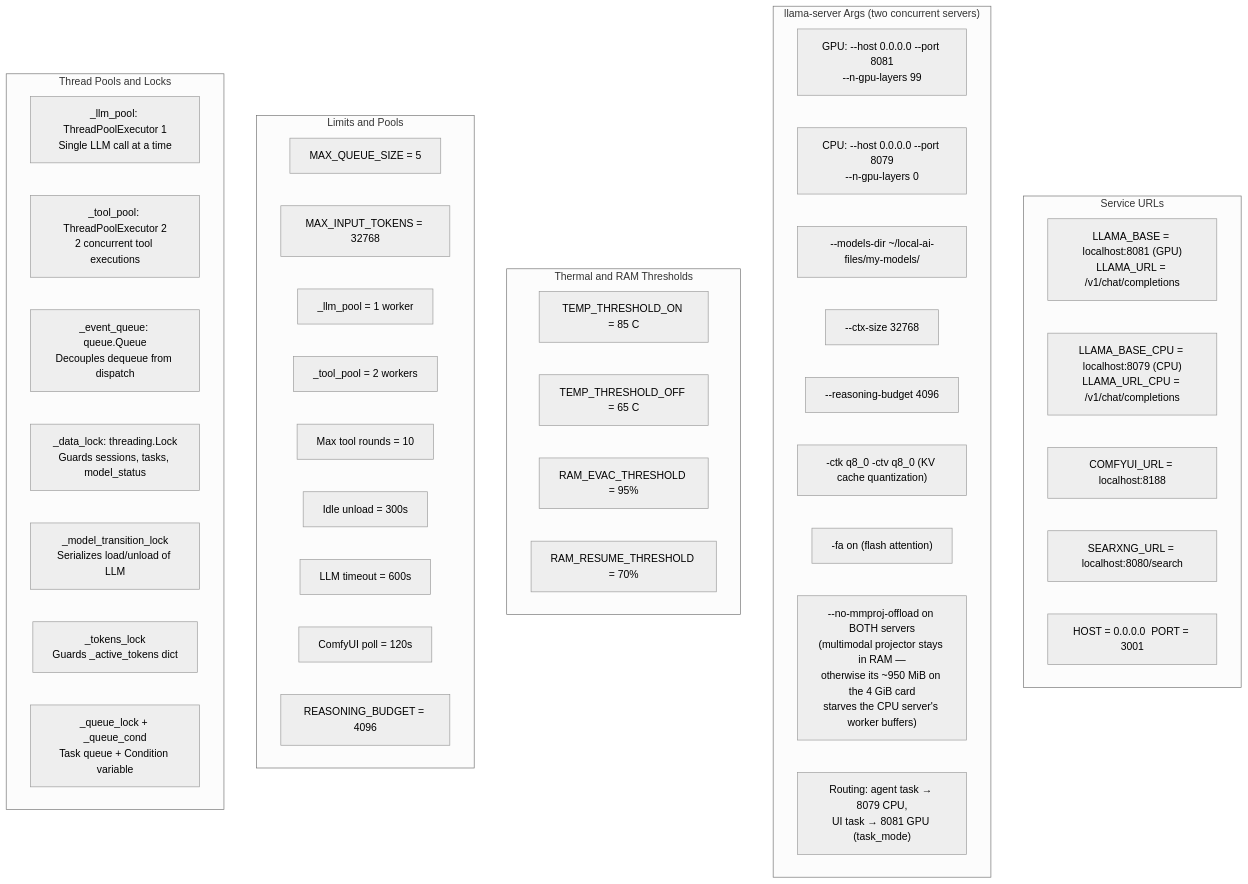
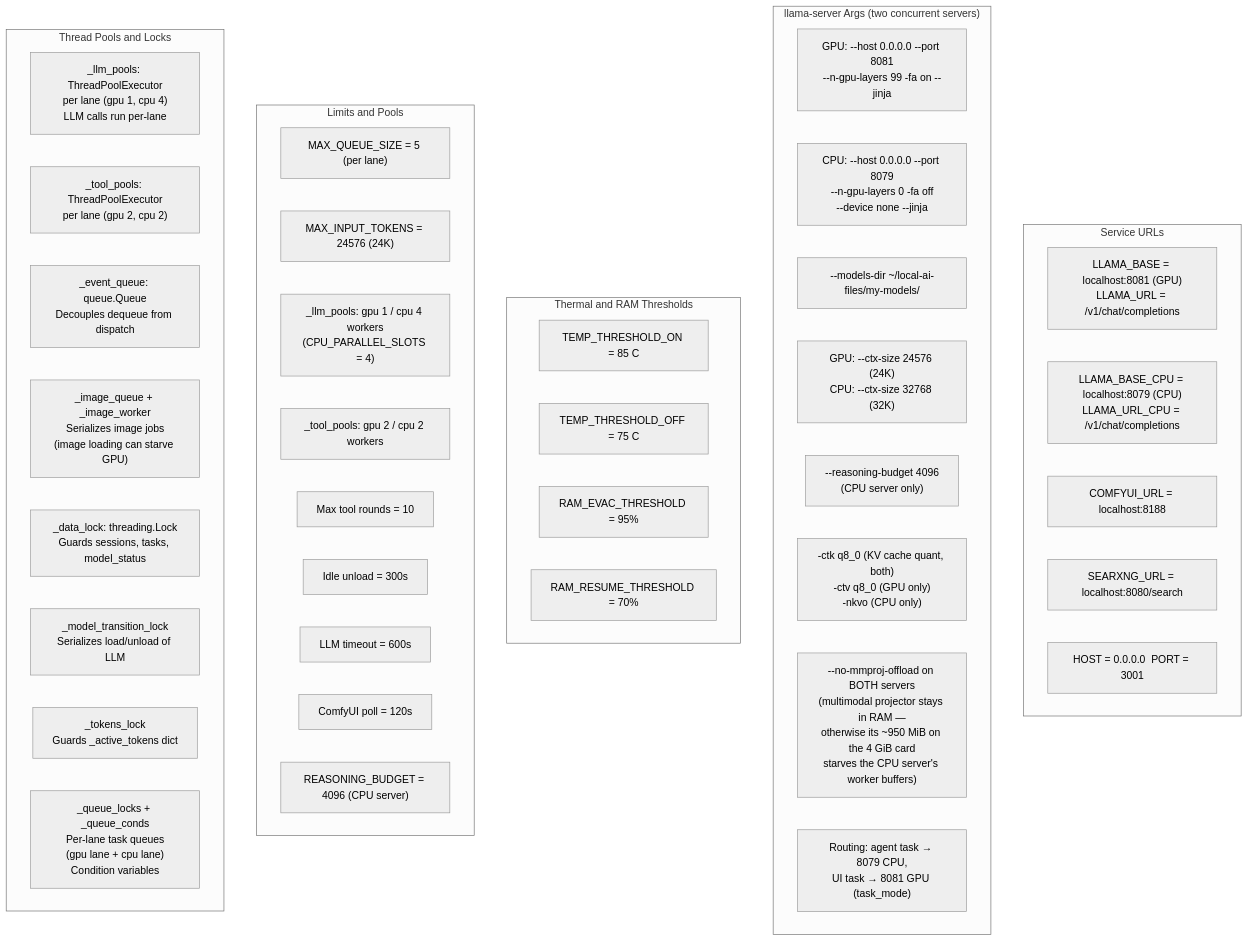
The third of 12 diagrams in README.md (Palash90/local-ai), drawn with Mermaid (neutral theme) before and after one commit. The commit also changed other lines of this file and 24 other files, not shown here.

````diff
--- a/README.md
+++ b/README.md
@@ -203,51 +206,51 @@
 ```mermaid
 graph TD
     subgraph RCNetwork ["Service URLs"]
         RC1["LLAMA_BASE = localhost:8081 (GPU)\nLLAMA_URL = /v1/chat/completions"]
         RC2["LLAMA_BASE_CPU = localhost:8079 (CPU)\nLLAMA_URL_CPU = /v1/chat/completions"]
         RC3["COMFYUI_URL = localhost:8188"]
         RC4["SEARXNG_URL = localhost:8080/search"]
         RC5["HOST = 0.0.0.0  PORT = 3001"]
     end
 
     subgraph RCLlama ["llama-server Args (two concurrent servers)"]
-        RCL1["GPU: --host 0.0.0.0 --port 8081\n--n-gpu-layers 99"]
-        RCL2["CPU: --host 0.0.0.0 --port 8079\n--n-gpu-layers 0"]
+        RCL1["GPU: --host 0.0.0.0 --port 8081\n--n-gpu-layers 99 -fa on --jinja"]
+        RCL2["CPU: --host 0.0.0.0 --port 8079\n--n-gpu-layers 0 -fa off\n--device none --jinja"]
         RCL3["--models-dir ~/local-ai-files/my-models/"]
-        RCL4["--ctx-size 32768"]
-        RCL5["--reasoning-budget 4096"]
-        RCL6["-ctk q8_0 -ctv q8_0 (KV cache quantization)"]
-        RCL7["-fa on (flash attention)"]
-        RCL8["--no-mmproj-offload on BOTH servers\n(multimodal projector stays in RAM —\notherwise its ~950 MiB on the 4 GiB card\nstarves the CPU server's worker buffers)"]
-        RCL9["Routing: agent task → 8079 CPU,\nUI task → 8081 GPU (task_mode)"]
+        RCL4["GPU: --ctx-size 24576 (24K)\nCPU: --ctx-size 32768 (32K)"]
+        RCL5["--reasoning-budget 4096\n(CPU server only)"]
+        RCL6["-ctk q8_0 (KV cache quant, both)\n-ctv q8_0 (GPU only)\n-nkvo (CPU only)"]
+        RCL7["--no-mmproj-offload on BOTH servers\n(multimodal projector stays in RAM —\notherwise its ~950 MiB on the 4 GiB card\nstarves the CPU server's worker buffers)"]
+        RCL8["Routing: agent task → 8079 CPU,\nUI task → 8081 GPU (task_mode)"]
     end
 
     subgraph RCThermal ["Thermal and RAM Thresholds"]
         RT1["TEMP_THRESHOLD_ON = 85 C"]
-        RT2["TEMP_THRESHOLD_OFF = 65 C"]
+        RT2["TEMP_THRESHOLD_OFF = 75 C"]
         RT3["RAM_EVAC_THRESHOLD = 95%"]
         RT4["RAM_RESUME_THRESHOLD = 70%"]
     end
 
     subgraph RCLimits ["Limits and Pools"]
-        RL1["MAX_QUEUE_SIZE = 5"]
-        RL2["MAX_INPUT_TOKENS = 32768"]
-        RL3["_llm_pool = 1 worker"]
-        RL4["_tool_pool = 2 workers"]
+        RL1["MAX_QUEUE_SIZE = 5 (per lane)"]
+        RL2["MAX_INPUT_TOKENS = 24576 (24K)"]
+        RL3["_llm_pools: gpu 1 / cpu 4 workers\n(CPU_PARALLEL_SLOTS = 4)"]
+        RL4["_tool_pools: gpu 2 / cpu 2 workers"]
         RL5["Max tool rounds = 10"]
         RL6["Idle unload = 300s"]
         RL7["LLM timeout = 600s"]
         RL8["ComfyUI poll = 120s"]
-        RL9["REASONING_BUDGET = 4096"]
+        RL9["REASONING_BUDGET = 4096 (CPU server)"]
     end
 
     subgraph RCThreads ["Thread Pools and Locks"]
-        LK1["_llm_pool: ThreadPoolExecutor 1\nSingle LLM call at a time"]
-        LK2["_tool_pool: ThreadPoolExecutor 2\n2 concurrent tool executions"]
+        LK1["_llm_pools: ThreadPoolExecutor\nper lane (gpu 1, cpu 4)\nLLM calls run per-lane"]
+        LK2["_tool_pools: ThreadPoolExecutor\nper lane (gpu 2, cpu 2)"]
         LK3["_event_queue: queue.Queue\nDecouples dequeue from dispatch"]
-        LK4["_data_lock: threading.Lock\nGuards sessions, tasks, model_status"]
-        LK5["_model_transition_lock\nSerializes load/unload of LLM"]
-        LK6["_tokens_lock\nGuards _active_tokens dict"]
-        LK7["_queue_lock + _queue_cond\nTask queue + Condition variable"]
+        LK4["_image_queue + _image_worker\nSerializes image jobs\n(image loading can starve GPU)"]
+        LK5["_data_lock: threading.Lock\nGuards sessions, tasks, model_status"]
+        LK6["_model_transition_lock\nSerializes load/unload of LLM"]
+        LK7["_tokens_lock\nGuards _active_tokens dict"]
+        LK8["_queue_locks + _queue_conds\nPer-lane task queues\n(gpu lane + cpu lane)\nCondition variables"]
     end
 ```
````
